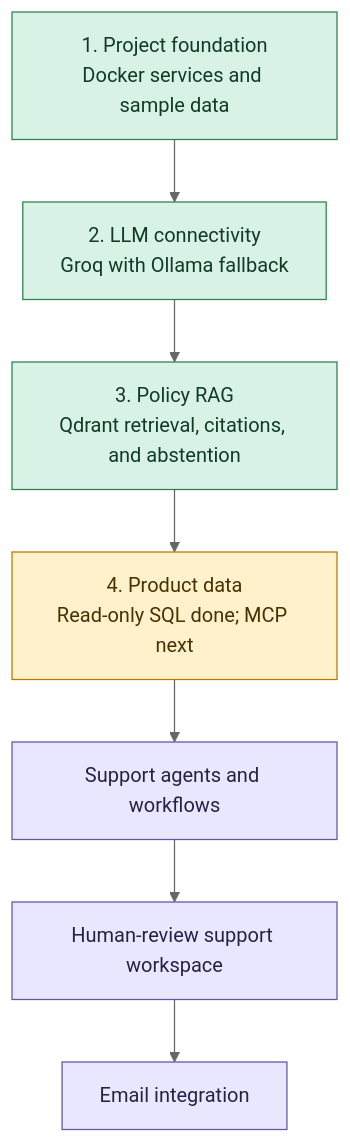
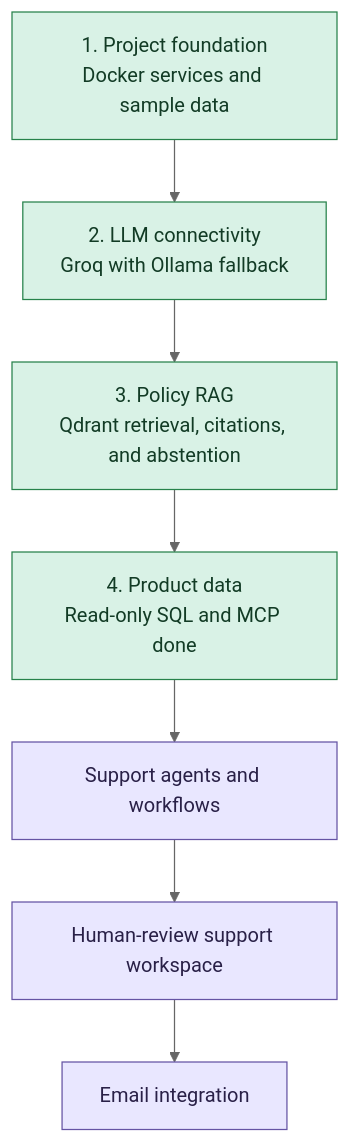
Before and after one commit to hamdankhan1208/technest-assist: the first of 2 diagrams in README.md, drawn with Mermaid (neutral theme). The commit also changed other lines of this file, not shown here.

Commit message:
MCP README.md update

````diff
--- a/README.md
+++ b/README.md
@@ -36,19 +39,18 @@
 ```mermaid
 flowchart TD
     foundation["1. Project foundation<br/>Docker services and sample data"]
     llm["2. LLM connectivity<br/>Groq with Ollama fallback"]
     rag["3. Policy RAG<br/>Qdrant retrieval, citations, and abstention"]
-    product["4. Product data<br/>Read-only SQL done; MCP next"]
+    product["4. Product data<br/>Read-only SQL and MCP done"]
     agents["Support agents and workflows"]
     ui["Human-review support workspace"]
     email["Email integration"]
 
     foundation --> llm --> rag --> product --> agents --> ui --> email
 
     classDef done fill:#d9f2e6,stroke:#27824b,color:#123b25
     classDef next fill:#fff1cc,stroke:#b77900,color:#4a3100
     classDef planned fill:#e9e7ff,stroke:#6554a4,color:#292047
-    class foundation,llm,rag done
-    class product next
+    class foundation,llm,rag,product done
     class agents,ui,email planned
 ```
````
